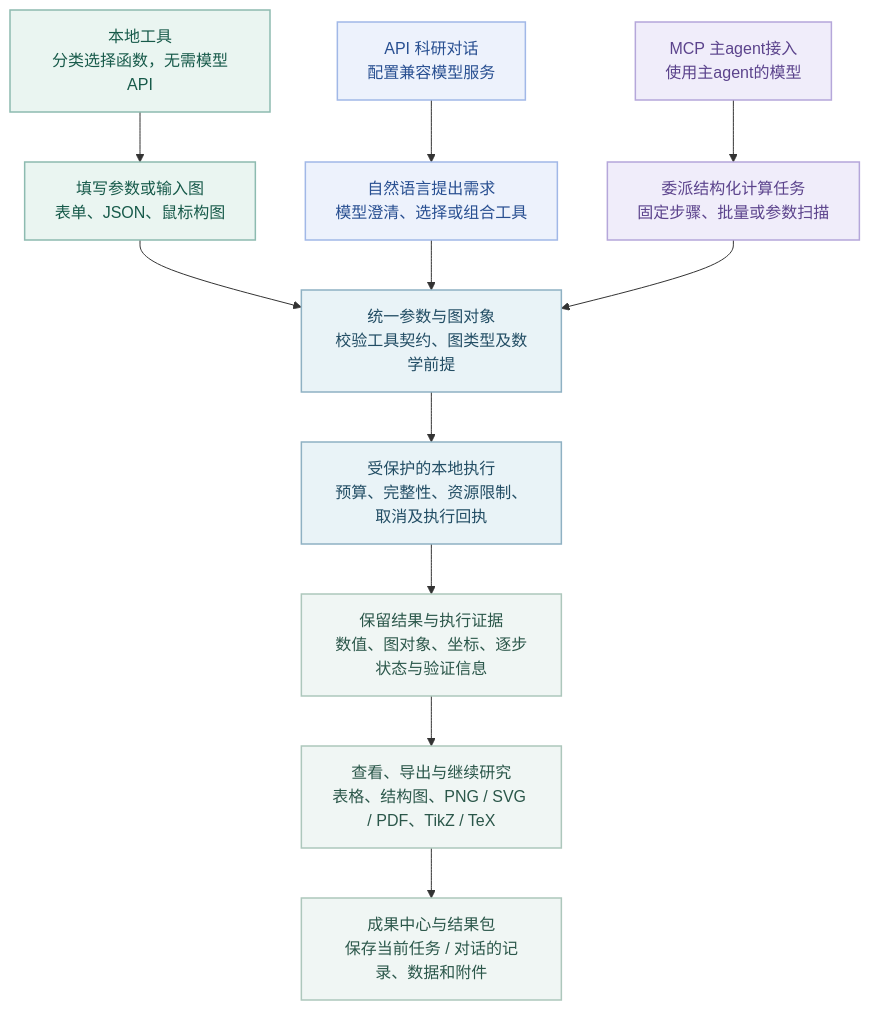
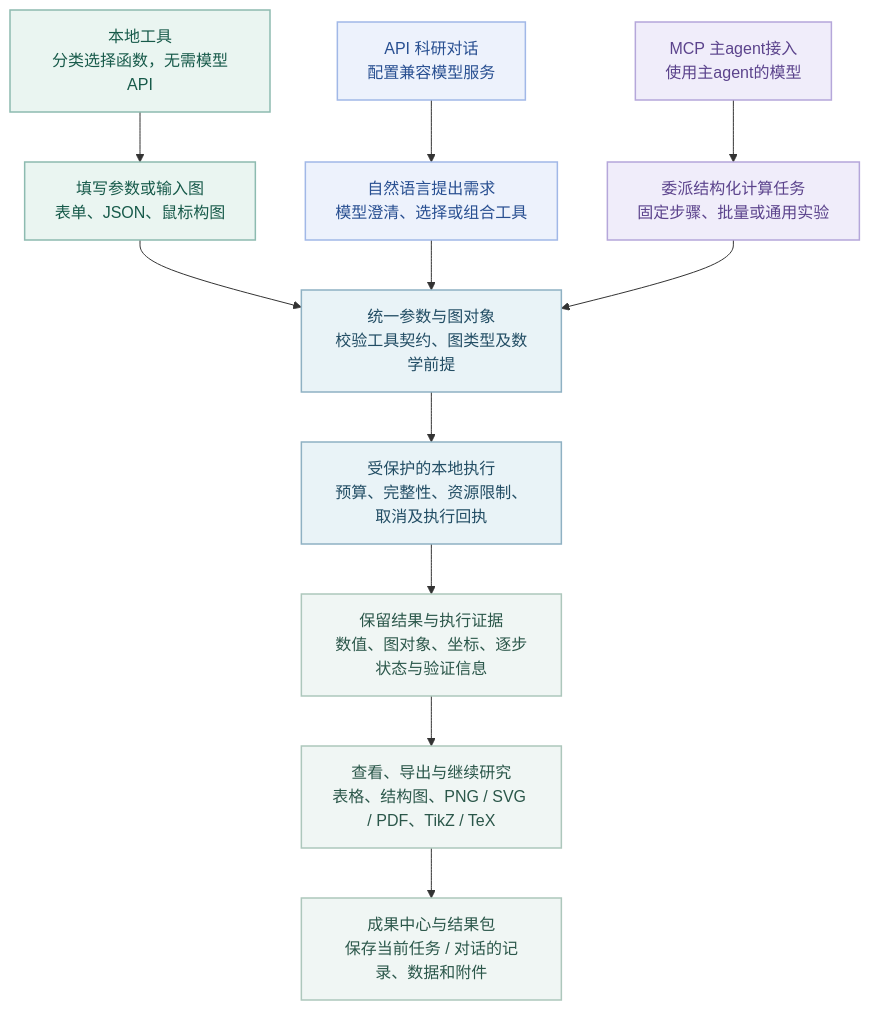
Before and after one commit to 735336168liuxiaoqi-hub/algebraic-graph-theory-research-assistant: the first of 5 diagrams in docs/diagrams/MERMAID.md, drawn with Mermaid. The commit also changed other lines of this file and 139 other files, not shown here.

````diff
--- a/docs/diagrams/MERMAID.md
+++ b/docs/diagrams/MERMAID.md
@@ -7,32 +7,32 @@
 ```mermaid
 flowchart TB
     offline["本地工具<br/>分类选择函数，无需模型API"]:::manual
     api["API 科研对话<br/>配置兼容模型服务"]:::model
     mcp["MCP 主agent接入<br/>使用主agent的模型"]:::host
     form["填写参数或输入图<br/>表单、JSON、鼠标构图"]:::manual
     plan["自然语言提出需求<br/>模型澄清、选择或组合工具"]:::model
-    delegate["委派结构化计算任务<br/>固定步骤、批量或参数扫描"]:::host
+    delegate["委派结构化计算任务<br/>固定步骤、批量或通用实验"]:::host
     validate["统一参数与图对象<br/>校验工具契约、图类型及数学前提"]:::guard
     execute["受保护的本地执行<br/>预算、完整性、资源限制、取消及执行回执"]:::guard
     evidence["保留结果与执行证据<br/>数值、图对象、坐标、逐步状态与验证信息"]:::data
     present["查看、导出与继续研究<br/>表格、结构图、PNG / SVG / PDF、TikZ / TeX"]:::data
     bundle["成果中心与结果包<br/>保存当前任务 / 对话的记录、数据和附件"]:::data
     offline --> form
     api --> plan
     mcp --> delegate
     form --> validate
     plan --> validate
     delegate --> validate
     validate --> execute
     execute --> evidence
     evidence --> present
     present --> bundle
     classDef process fill:#f5f7fa,stroke:#c6d1da,color:#233845,stroke-width:1.5px
     classDef manual fill:#eaf5f1,stroke:#8dbbb0,color:#175a4a,stroke-width:1.5px
     classDef model fill:#edf2fc,stroke:#a1b8e7,color:#284f91,stroke-width:1.5px
     classDef host fill:#f0edfa,stroke:#b5a7da,color:#5b438c,stroke-width:1.5px
     classDef guard fill:#e9f3f7,stroke:#8fb1c3,color:#224d64,stroke-width:1.5px
     classDef data fill:#f0f6f4,stroke:#adc7bc,color:#2b574a,stroke-width:1.5px
     classDef warning fill:#fcf4e7,stroke:#d7b985,color:#805b26,stroke-width:1.5px
     classDef decision fill:#ffffff,stroke:#9fadb9,color:#344c5c,stroke-width:1.5px
 ```
````
